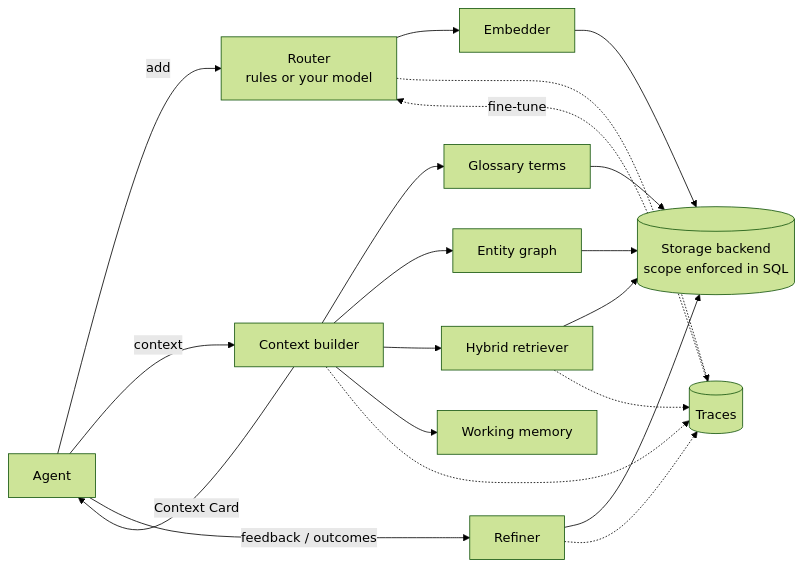
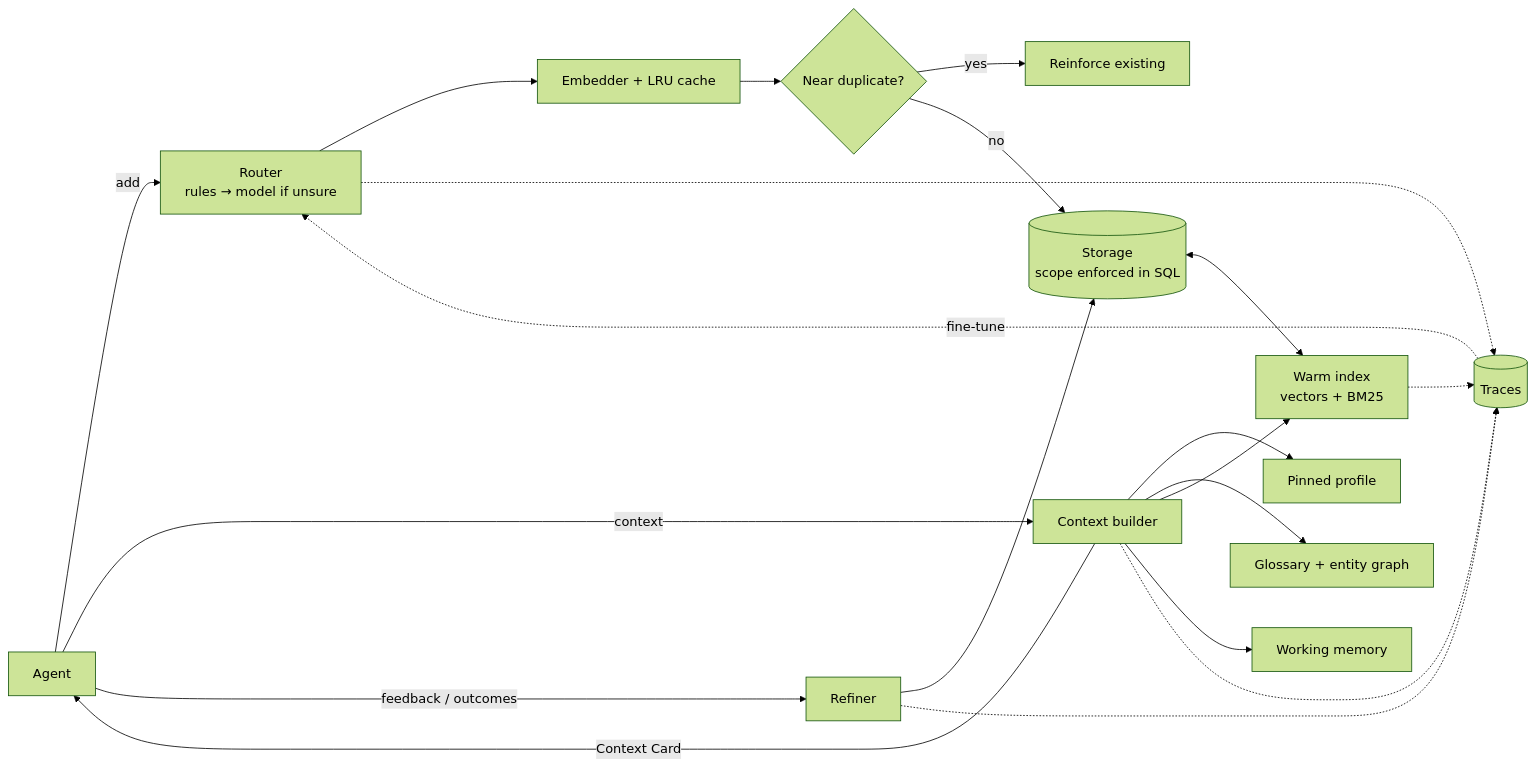
Before and after one commit to surajmhaske02/smart-memory: the diagram in README.md, drawn with Mermaid (forest theme). The commit also changed other lines of this file and 23 other files, not shown here.

````diff
--- a/README.md
+++ b/README.md
@@ -94,17 +144,19 @@
 ```mermaid
 flowchart LR
-    A[Agent] -->|add| R[Router<br/>rules or your model]
-    R --> E[Embedder]
-    E --> S[(Storage backend<br/>scope enforced in SQL)]
+    A[Agent] -->|add| R[Router<br/>rules → model if unsure]
+    R --> E[Embedder + LRU cache]
+    E --> D{Near duplicate?}
+    D -->|yes| X[Reinforce existing]
+    D -->|no| S[(Storage<br/>scope enforced in SQL)]
+    S <--> I[Warm index<br/>vectors + BM25]
     A -->|context| C[Context builder]
-    C --> G[Glossary terms]
-    C --> K[Entity graph]
-    C --> H[Hybrid retriever]
+    C --> P[Pinned profile]
+    C --> G[Glossary + entity graph]
+    C --> I
     C --> W[Working memory]
-    G & K & H --> S
     C -->|Context Card| A
     A -->|feedback / outcomes| F[Refiner]
     F --> S
-    R & H & C & F -.-> T[(Traces)]
+    R & I & C & F -.-> T[(Traces)]
     T -.->|fine-tune| R
 ```
````
